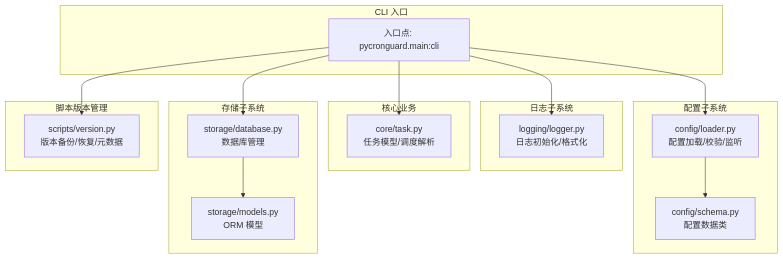
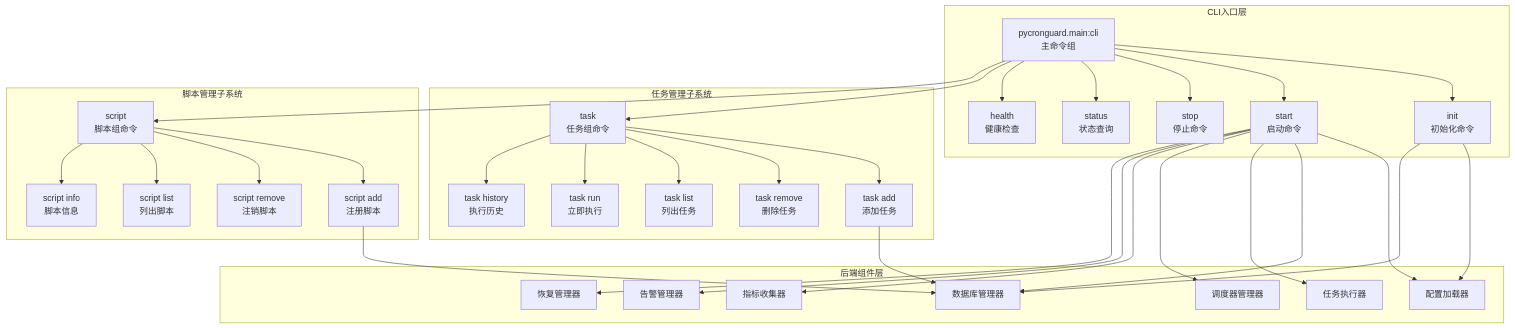
The diagram in .qoder/repowiki/zh/content/命令行界面.md (eden2f/cron-copilot), drawn with Mermaid before and after one commit. The commit also changed other lines of this file and 21 other files, not shown here.

````diff
--- a/.qoder/repowiki/zh/content/命令行界面.md
+++ b/.qoder/repowiki/zh/content/命令行界面.md
@@ -44,30 +40,62 @@
 ```mermaid
 graph TB
-subgraph "CLI 入口"
-EP["入口点: pycronguard.main:cli"]
+subgraph "CLI入口层"
+CLI["pycronguard.main:cli<br/>主命令组"]
+INIT["init<br/>初始化命令"]
+START["start<br/>启动命令"]
+STOP["stop<br/>停止命令"]
+STATUS["status<br/>状态查询"]
+HEALTH["health<br/>健康检查"]
 end
-subgraph "配置子系统"
-SC["config/schema.py<br/>配置数据类"]
-CL["config/loader.py<br/>配置加载/校验/监听"]
+subgraph "任务管理子系统"
+TASK["task<br/>任务组命令"]
+TASK_ADD["task add<br/>添加任务"]
+TASK_REMOVE["task remove<br/>删除任务"]
+TASK_LIST["task list<br/>列出任务"]
+TASK_RUN["task run<br/>立即执行"]
+TASK_HISTORY["task history<br/>执行历史"]
 end
-subgraph "日志子系统"
-LG["logging/logger.py<br/>日志初始化/格式化"]
+subgraph "脚本管理子系统"
+SCRIPT["script<br/>脚本组命令"]
+SCRIPT_ADD["script add<br/>注册脚本"]
+SCRIPT_REMOVE["script remove<br/>注销脚本"]
+SCRIPT_LIST["script list<br/>列出脚本"]
+SCRIPT_INFO["script info<br/>脚本信息"]
 end
-subgraph "核心业务"
-TK["core/task.py<br/>任务模型/调度解析"]
+subgraph "后端组件层"
+CONFIG["配置加载器"]
+DATABASE["数据库管理器"]
+EXECUTOR["任务执行器"]
+SCHEDULER["调度器管理器"]
+METRICS["指标收集器"]
+ALERT["告警管理器"]
+RECOVERY["恢复管理器"]
 end
-subgraph "存储子系统"
-MD["storage/models.py<br/>ORM 模型"]
-DB["storage/database.py<br/>数据库管理"]
-end
-subgraph "脚本版本管理"
-VM["scripts/version.py<br/>版本备份/恢复/元数据"]
-end
-EP --> LG
-EP --> CL
-EP --> TK
-EP --> DB
-EP --> VM
-CL --> SC
-DB --> MD
+CLI --> INIT
+CLI --> START
+CLI --> STOP
+CLI --> STATUS
+CLI --> HEALTH
+CLI --> TASK
+CLI --> SCRIPT
+TASK --> TASK_ADD
+TASK --> TASK_REMOVE
+TASK --> TASK_LIST
+TASK --> TASK_RUN
+TASK --> TASK_HISTORY
+SCRIPT --> SCRIPT_ADD
+SCRIPT --> SCRIPT_REMOVE
+SCRIPT --> SCRIPT_LIST
+SCRIPT --> SCRIPT_INFO
+INIT --> CONFIG
+INIT --> DATABASE
+START --> CONFIG
+START --> DATABASE
+START --> EXECUTOR
+START --> SCHEDULER
+START --> METRICS
+START --> ALERT
+START --> RECOVERY
+TASK_ADD --> DATABASE
+SCRIPT_ADD --> DATABASE
 ```
````
